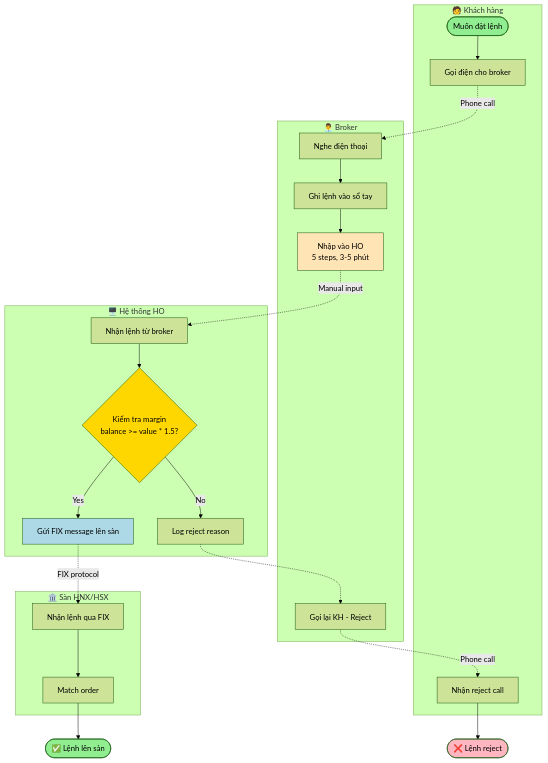
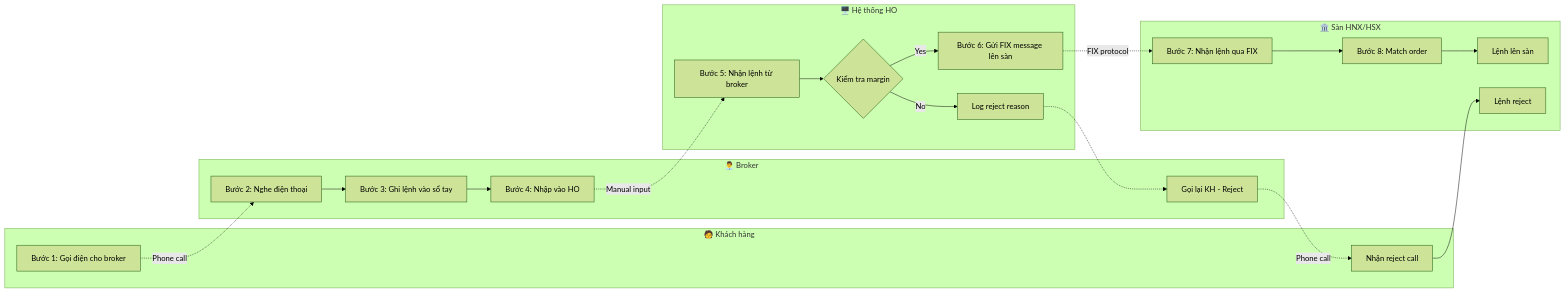
Before and after one commit to quangnt2697/Agent-skills: the second of 7 diagrams in skills/ba-process-modeling/SKILL.md, drawn with Mermaid (forest theme). The commit also changed other lines of this file and 3 other files, not shown here.

First line of the commit message:
refactor(ba): chuẩn hóa AC dạng Gherkin và sơ đồ Mermaid theo Rule 7

````diff
--- a/skills/ba-process-modeling/SKILL.md
+++ b/skills/ba-process-modeling/SKILL.md
@@ -200,50 +195,42 @@
 ```mermaid
-flowchart TD
+flowchart LR
     subgraph KH["🧑 Khách hàng"]
-        Start([Muốn đặt lệnh])
-        A1[Gọi điện cho broker]
-        F1[Nhận reject call]
+        A1["Bước 1: Gọi điện cho broker"]
+        F1["Nhận reject call"]
     end
     
     subgraph Broker["👨‍💼 Broker"]
-        B1[Nghe điện thoại]
-        B2[Ghi lệnh vào sổ tay]
-        B3[Nhập vào HO<br/>5 steps, 3-5 phút]
-        B4[Gọi lại KH - Reject]
+        B1["Bước 2: Nghe điện thoại"]
+        B2["Bước 3: Ghi lệnh vào sổ tay"]
+        B3["Bước 4: Nhập vào HO"]
+        B4["Gọi lại KH - Reject"]
     end
     
     subgraph HO["🖥️ Hệ thống HO"]
-        C1[Nhận lệnh từ broker]
-        C2{Kiểm tra margin<br/>balance >= value * 1.5?}
-        C3[Gửi FIX message lên sàn]
-        C4[Log reject reason]
+        C1["Bước 5: Nhận lệnh từ broker"]
+        C2{"Kiểm tra margin"}
+        C3["Bước 6: Gửi FIX message lên sàn"]
+        C4["Log reject reason"]
     end
     
     subgraph San["🏛️ Sàn HNX/HSX"]
-        D1[Nhận lệnh qua FIX]
-        D2[Match order]
+        D1["Bước 7: Nhận lệnh qua FIX"]
+        D2["Bước 8: Match order"]
+        D3["Lệnh lên sàn"]
+        D4["Lệnh reject"]
     end
     
-    Start --> A1
     A1 -.->|Phone call| B1
     B1 --> B2
     B2 --> B3
     B3 -.->|Manual input| C1
     C1 --> C2
     C2 -->|Yes| C3
     C2 -->|No| C4
     C3 -.->|FIX protocol| D1
     D1 --> D2
+    D2 --> D3
     C4 -.-> B4
     B4 -.->|Phone call| F1
-    
-    D2 --> End1([✅ Lệnh lên sàn])
-    F1 --> End2([❌ Lệnh reject])
-    
-    style Start fill:#90EE90
-    style End1 fill:#90EE90
-    style End2 fill:#FFB6C1
-    style C2 fill:#FFD700
-    style B3 fill:#FFE4B5
-    style C3 fill:#ADD8E6
+    F1 --> D4
 ```
````
